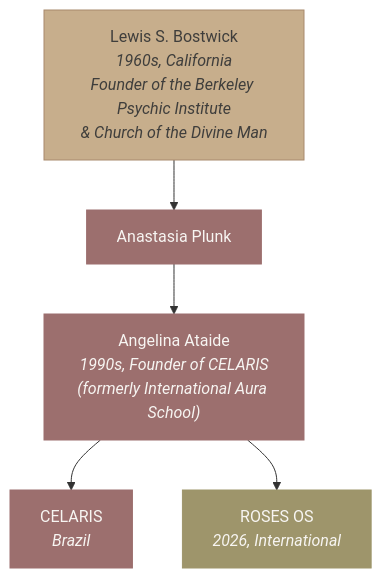
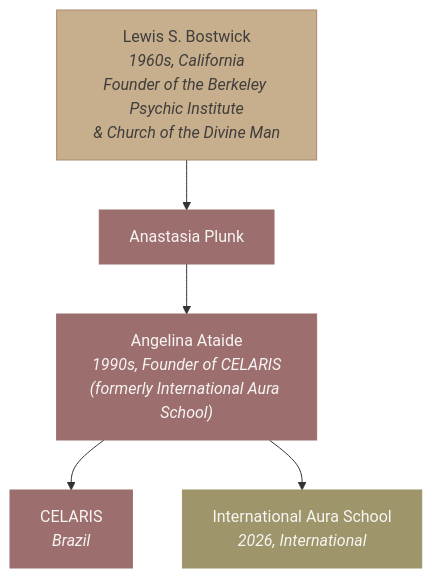
One commit to Light-Brands/roses-os changed the third of 27 diagrams in docs/brand/brand-dna.md. Above: the diagram before and after it, drawn with Mermaid. The commit also changed other lines of this file and 79 other files, not shown here.

First line of the commit message:
Rename ROSES OS to International Aura School across entire codebase

````diff
--- a/docs/brand/brand-dna.md
+++ b/docs/brand/brand-dna.md
@@ -142,13 +142,13 @@
 ```mermaid
 graph TD
     LB["Lewis S. Bostwick<br/><i>1960s, California<br/>Founder of the Berkeley Psychic Institute<br/>& Church of the Divine Man</i>"] --> AP["Anastasia Plunk"]
     AP --> AA["Angelina Ataide<br/><i>1990s, Founder of CELARIS<br/>(formerly International Aura School)</i>"]
     AA --> CEL["CELARIS<br/><i>Brazil</i>"]
-    AA --> ROS["ROSES OS<br/><i>2026, International</i>"]
+    AA --> ROS["International Aura School<br/><i>2026, International</i>"]
 
     style LB fill:#C7AE8C,color:#3F3E3C,stroke:#A8896D
     style AP fill:#9C6F6E,color:#F7F5F2,stroke:#9C6F6E
     style AA fill:#9C6F6E,color:#F7F5F2,stroke:#9C6F6E
     style CEL fill:#9C6F6E,color:#F7F5F2,stroke:#9C6F6E
     style ROS fill:#9E956B,color:#F7F5F2,stroke:#9E956B
 ```
````
